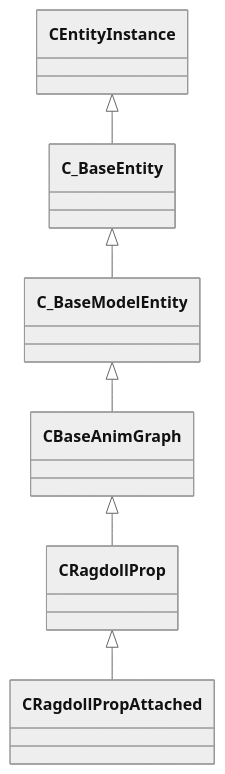
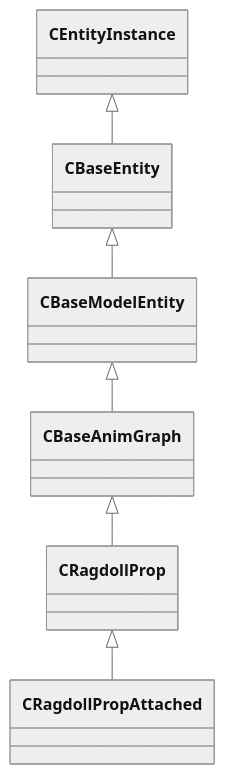
The diagram in docs/generated/schemas/server/CRagdollPropAttached.md (CS2OpenDev/CS2OpenDev-Docs), drawn with Mermaid (neutral theme) before and after one commit. The commit also changed other lines of this file and 4525 other files, not shown here.

````diff
--- a/docs/generated/schemas/server/CRagdollPropAttached.md
+++ b/docs/generated/schemas/server/CRagdollPropAttached.md
@@ -17,8 +19,8 @@
 ```mermaid
 classDiagram
     CRagdollProp <|-- CRagdollPropAttached
     CBaseAnimGraph <|-- CRagdollProp
-    C_BaseModelEntity <|-- CBaseAnimGraph
-    C_BaseEntity <|-- C_BaseModelEntity
-    CEntityInstance <|-- C_BaseEntity
+    CBaseModelEntity <|-- CBaseAnimGraph
+    CBaseEntity <|-- CBaseModelEntity
+    CEntityInstance <|-- CBaseEntity
 ```
````
